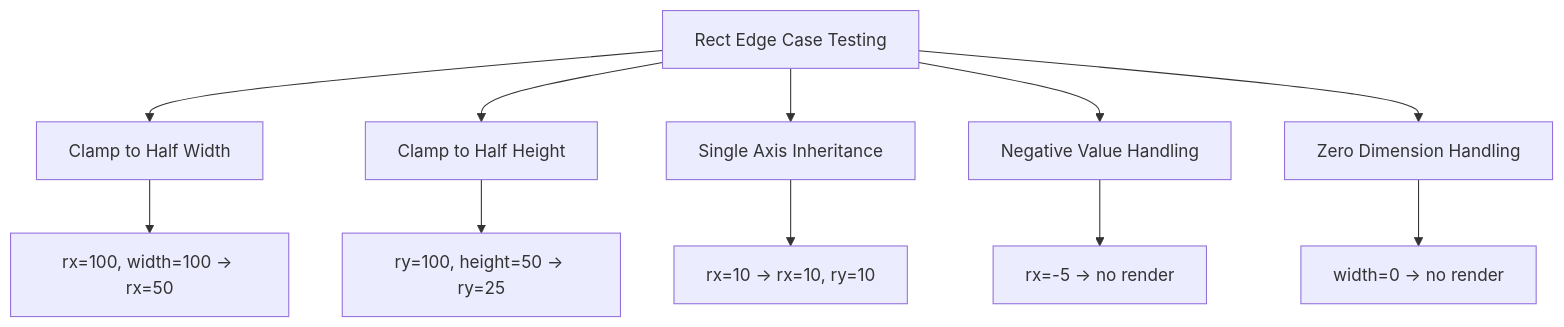
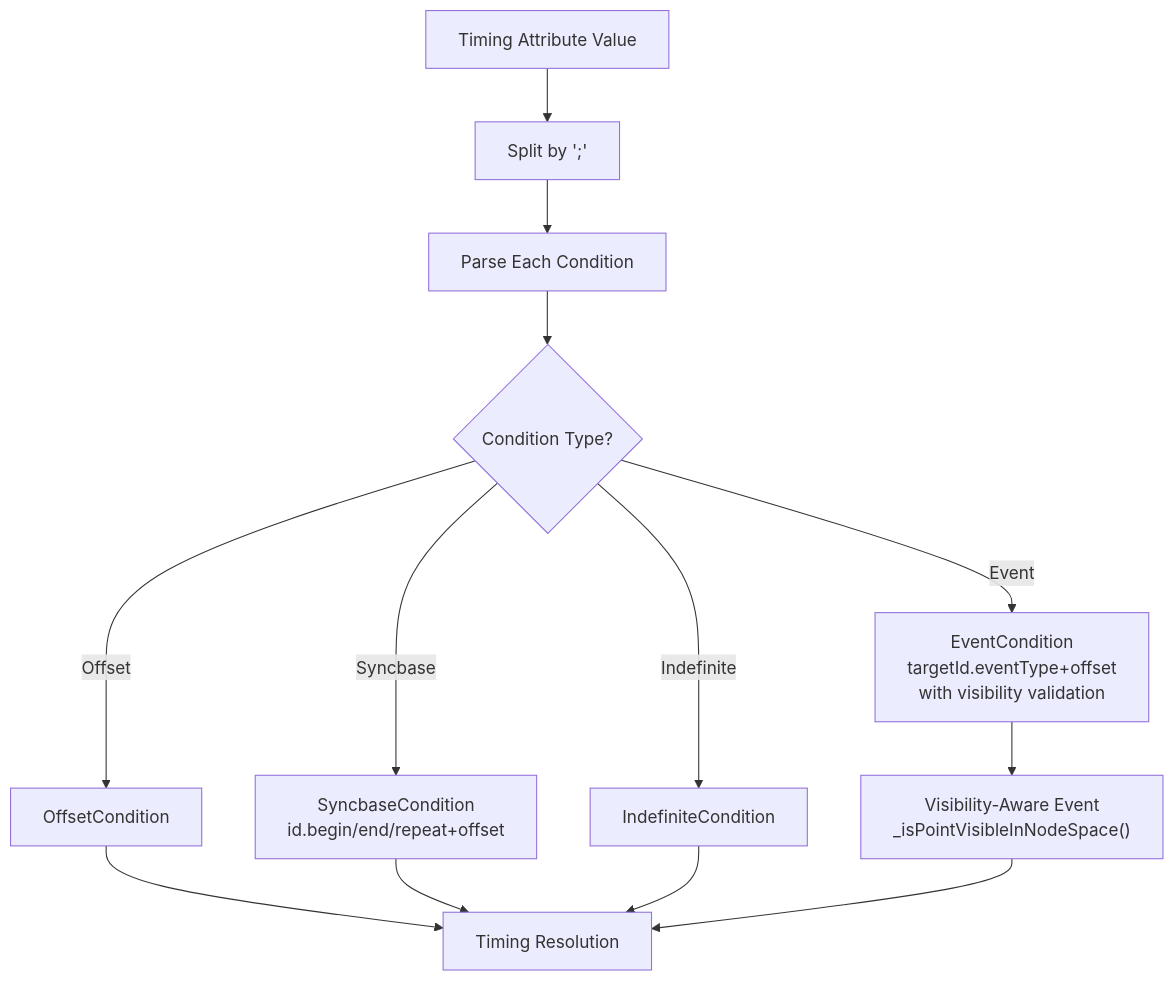
One commit to denisnadey/flutter_full_svg_support changed diagram 23 of 26 in .qoder/repowiki/en/content/Animated SVG Support/Animated SVG Support.md. Above: the diagram before and after it, drawn with Mermaid. The commit also changed other lines of this file and 20 other files, not shown here.

First line of the commit message:
feat(svg): implement comprehensive event handling with pointer and gesture support

````diff
--- a/.qoder/repowiki/en/content/Animated SVG Support/Animated SVG Support.md
+++ b/.qoder/repowiki/en/content/Animated SVG Support/Animated SVG Support.md
@@ -641,13 +1104,15 @@
 ```mermaid
 flowchart TD
-A["Rect Edge Case Testing"] --> B["Clamp to Half Width"]
-B --> C["rx=100, width=100 → rx=50"]
-A --> D["Clamp to Half Height"]
-D --> E["ry=100, height=50 → ry=25"]
-A --> F["Single Axis Inheritance"]
-F --> G["rx=10 → rx=10, ry=10"]
-A --> H["Negative Value Handling"]
-H --> I["rx=-5 → no render"]
-A --> J["Zero Dimension Handling"]
-J --> K["width=0 → no render"]
+A["Timing Attribute Value"] --> B["Split by ';'"]
+B --> C["Parse Each Condition"]
+C --> D{"Condition Type?"}
+D --> |Offset| E["OffsetCondition"]
+D --> |Event| F["EventCondition<br/>targetId.eventType+offset<br/>with visibility validation"]
+D --> |Syncbase| G["SyncbaseCondition<br/>id.begin/end/repeat+offset"]
+D --> |Indefinite| H["IndefiniteCondition"]
+E --> I["Timing Resolution"]
+F --> J["Visibility-Aware Event<br/>_isPointVisibleInNodeSpace()"]
+G --> I
+H --> I
+J --> I
 ```
````
